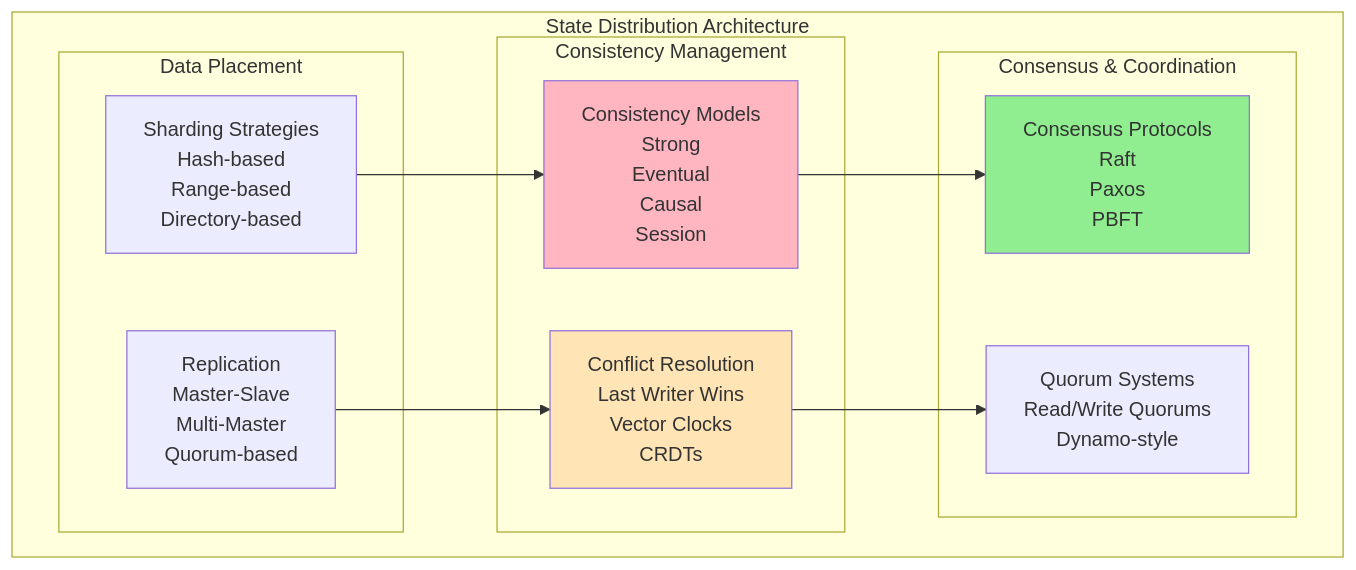
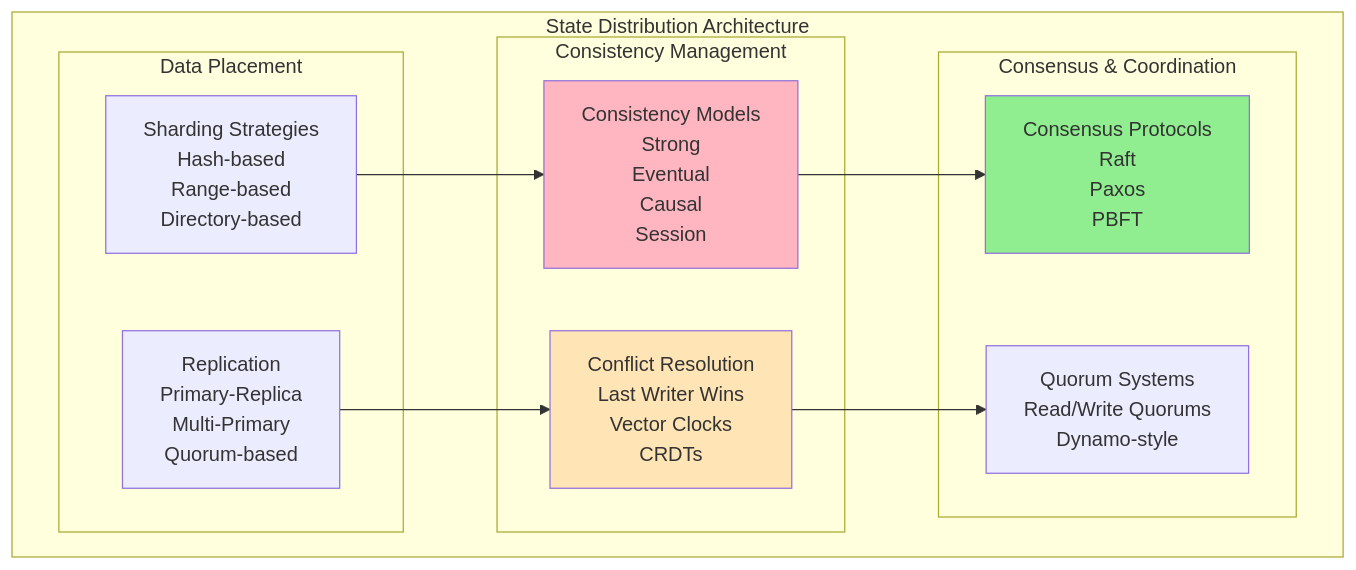
Before and after one commit to deepaucksharma/DStudio: the first of 5 diagrams in docs/core-principles/pillars/state-distribution.md, drawn with Mermaid. The commit also changed other lines of this file and 186 other files, not shown here.

````diff
--- a/docs/core-principles/pillars/state-distribution.md
+++ b/docs/core-principles/pillars/state-distribution.md
@@ -17,28 +17,28 @@
 ```mermaid
 graph TB
     subgraph "State Distribution Architecture"
         subgraph "Data Placement"
             Sharding[Sharding Strategies<br/>Hash-based<br/>Range-based<br/>Directory-based]
-            Replication[Replication<br/>Master-Slave<br/>Multi-Master<br/>Quorum-based]
+            Replication[Replication<br/>Primary-Replica<br/>Multi-Primary<br/>Quorum-based]
         end
         
         subgraph "Consistency Management"
             Models[Consistency Models<br/>Strong<br/>Eventual<br/>Causal<br/>Session]
             Conflict[Conflict Resolution<br/>Last Writer Wins<br/>Vector Clocks<br/>CRDTs]
         end
         
         subgraph "Consensus & Coordination"
             Consensus[Consensus Protocols<br/>Raft<br/>Paxos<br/>PBFT]
             Quorum[Quorum Systems<br/>Read/Write Quorums<br/>Dynamo-style]
         end
         
         Sharding --> Models
         Replication --> Conflict
         Models --> Consensus
         Conflict --> Quorum
         
         style Models fill:#FFB6C1
         style Consensus fill:#90EE90
         style Conflict fill:#FFE4B5
     end
 ```
````
